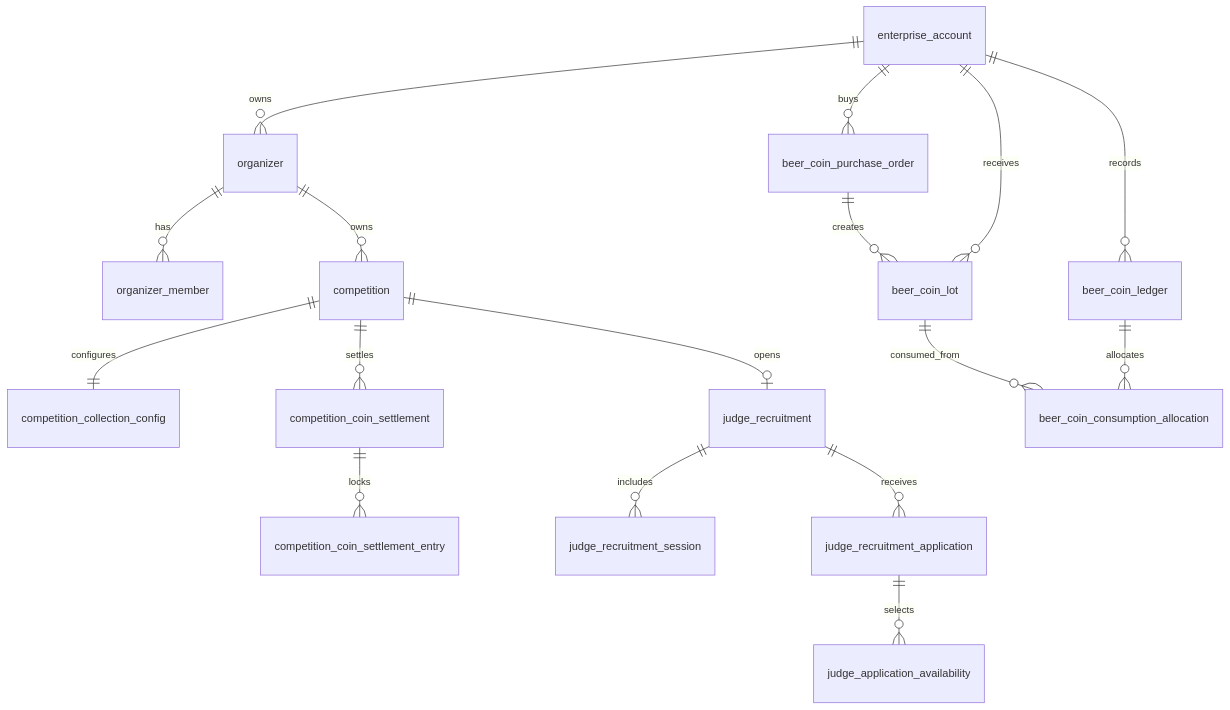
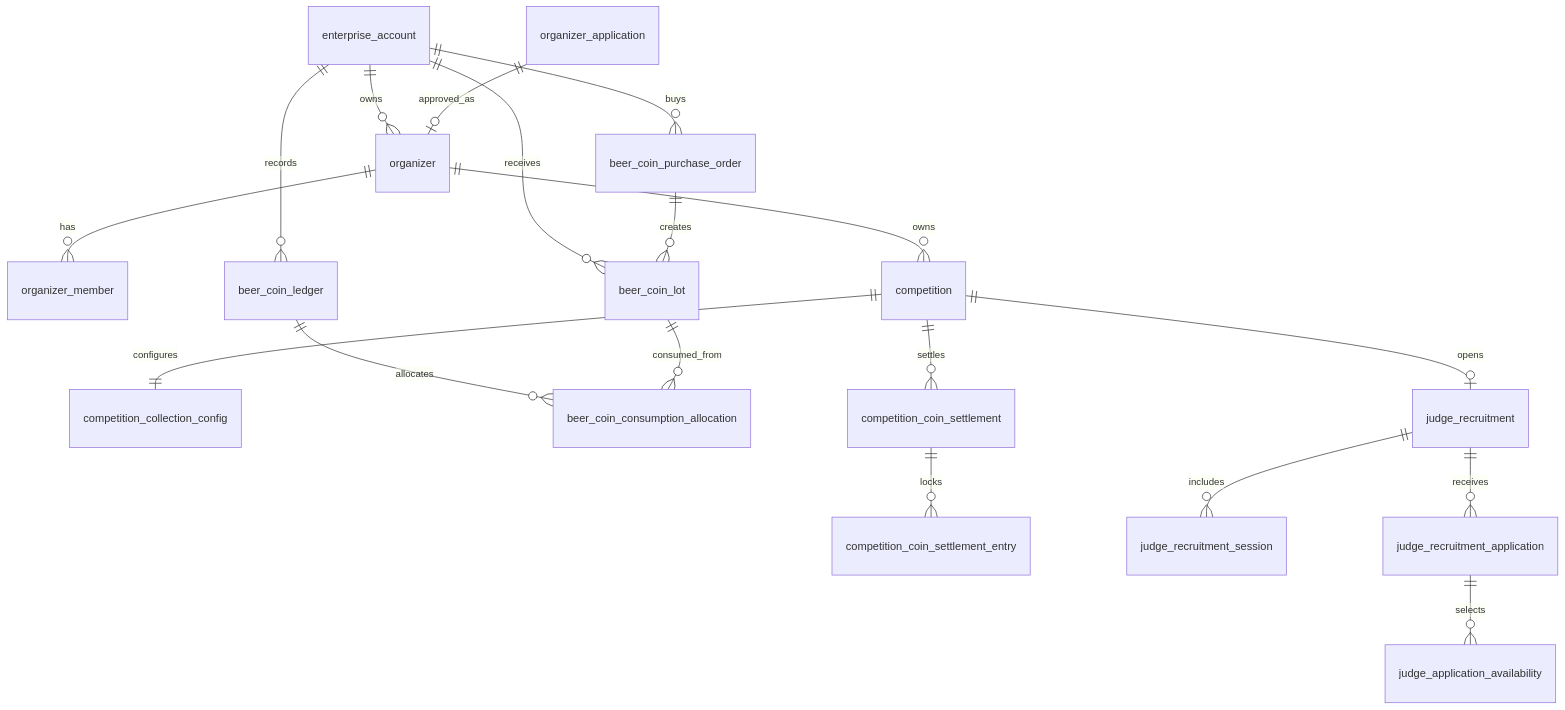
One commit to kr3ningxia/beer-competition changed the diagram in docs/02-二期-SaaS化/02-详细设计/04-数据库迁移设计.md. Above: the diagram before and after it, drawn with Mermaid. The commit also changed other lines of this file and 41 other files, not shown here.

````diff
--- a/docs/02-二期-SaaS化/02-详细设计/04-数据库迁移设计.md
+++ b/docs/02-二期-SaaS化/02-详细设计/04-数据库迁移设计.md
@@ -18,19 +18,20 @@
 ```mermaid
 erDiagram
     enterprise_account ||--o{ organizer : owns
+    organizer_application ||--o| organizer : approved_as
     organizer ||--o{ organizer_member : has
     organizer ||--o{ competition : owns
     competition ||--|| competition_collection_config : configures
     enterprise_account ||--o{ beer_coin_purchase_order : buys
     enterprise_account ||--o{ beer_coin_lot : receives
     enterprise_account ||--o{ beer_coin_ledger : records
     beer_coin_purchase_order ||--o{ beer_coin_lot : creates
     beer_coin_ledger ||--o{ beer_coin_consumption_allocation : allocates
     beer_coin_lot ||--o{ beer_coin_consumption_allocation : consumed_from
     competition ||--o{ competition_coin_settlement : settles
     competition_coin_settlement ||--o{ competition_coin_settlement_entry : locks
     competition ||--o| judge_recruitment : opens
     judge_recruitment ||--o{ judge_recruitment_session : includes
     judge_recruitment ||--o{ judge_recruitment_application : receives
     judge_recruitment_application ||--o{ judge_application_availability : selects
 ```
````
